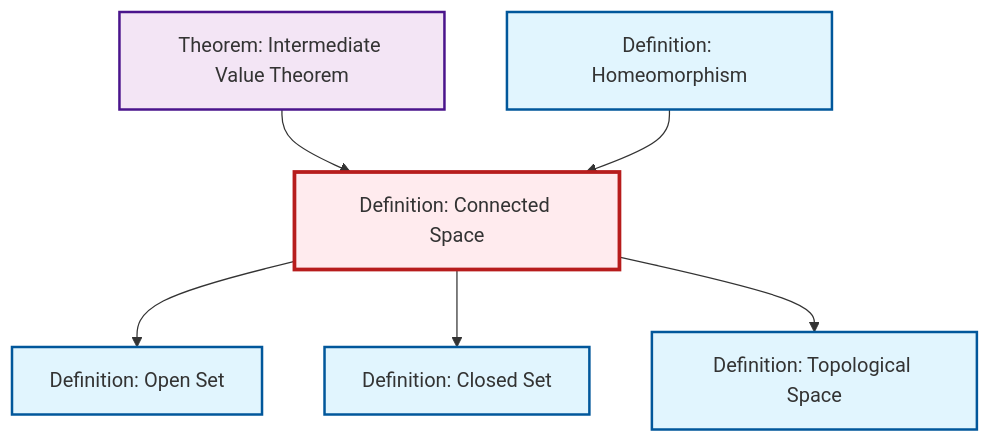
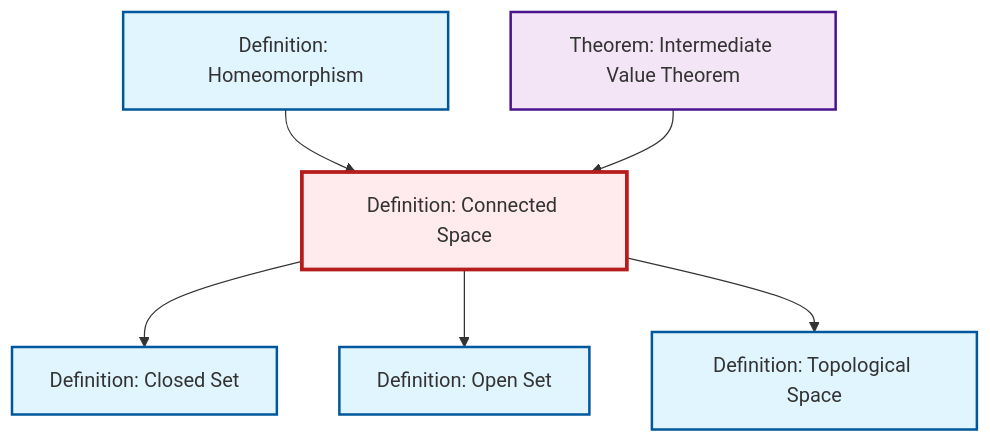
The diagram in content/en/topology/def-connected.qmd (RK0429/ModernMath), drawn with Mermaid before and after one commit. The commit also changed other lines of this file and 581 other files, not shown here.

````diff
--- a/content/en/topology/def-connected.qmd
+++ b/content/en/topology/def-connected.qmd
@@ -49,26 +49,26 @@
 ```{mermaid}
 %%| fig-cap: "Local dependency graph"
 graph TD
     classDef definition fill:#e1f5fe,stroke:#01579b,stroke-width:2px
     classDef theorem fill:#f3e5f5,stroke:#4a148c,stroke-width:2px
     classDef axiom fill:#fff3e0,stroke:#e65100,stroke-width:2px
     classDef example fill:#e8f5e9,stroke:#1b5e20,stroke-width:2px
     classDef current fill:#ffebee,stroke:#b71c1c,stroke-width:3px
     def-connected["Definition: Connected Space"]:::definition
+    def-closed-set["Definition: Closed Set"]:::definition
     def-open-set["Definition: Open Set"]:::definition
-    def-closed-set["Definition: Closed Set"]:::definition
+    thm-intermediate-value["Theorem: Intermediate Value Theorem"]:::theorem
     def-topological-space["Definition: Topological Space"]:::definition
-    thm-intermediate-value["Theorem: Intermediate Value Theorem"]:::theorem
     def-homeomorphism["Definition: Homeomorphism"]:::definition
+    def-homeomorphism --> def-connected
+    thm-intermediate-value --> def-connected
+    def-connected --> def-closed-set
     def-connected --> def-open-set
-    thm-intermediate-value --> def-connected
-    def-homeomorphism --> def-connected
-    def-connected --> def-closed-set
     def-connected --> def-topological-space
     class def-connected current
+    click def-closed-set "def-closed-set.html" "Go to Closed Set definition"
     click def-open-set "def-open-set.html" "Go to Open Set definition"
-    click def-closed-set "def-closed-set.html" "Go to Closed Set definition"
+    click thm-intermediate-value "thm-intermediate-value.html" "Go to Intermediate Value Theorem theorem"
     click def-topological-space "def-topological-space.html" "Go to Topological Space definition"
-    click thm-intermediate-value "thm-intermediate-value.html" "Go to Intermediate Value Theorem theorem"
     click def-homeomorphism "def-homeomorphism.html" "Go to Homeomorphism definition"
 ```
````
